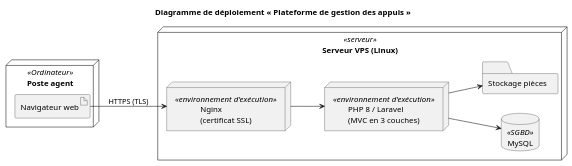
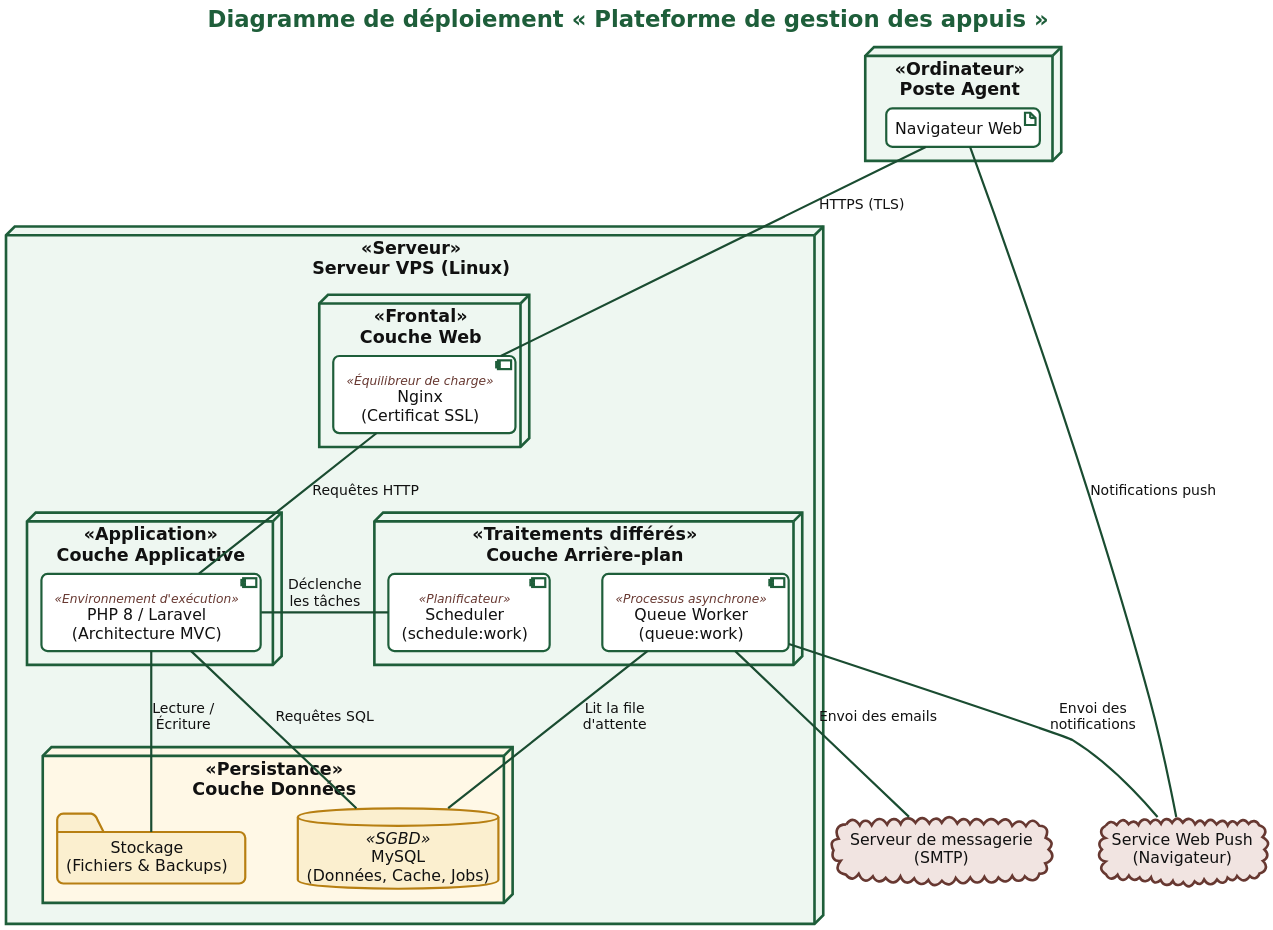
One commit to marasse-codec/ORYZAPP changed the diagram in docs/deploiement/archi.puml. Above: the diagram before and after it, drawn with PlantUML. The commit also changed 753 other files, not shown here.

Commit message:
Refonte de la charte et Diagramme d'archi amélioré

```diff
--- a/docs/deploiement/archi.puml
+++ b/docs/deploiement/archi.puml
@@ -1,22 +1,105 @@
 @startuml
+' Charte ORYZA : vert #1E5E3A, or riz #E5A93B, crème #F6F3EA, brun #673831.
+' Fonds clairs + texte foncé + traits épais : lisible en présentation comme en document imprimé.
+
+skinparam shadowing false
+skinparam dpi 150
+skinparam defaultFontName "DejaVu Sans"
+skinparam defaultFontSize 18
+skinparam defaultTextAlignment center
+skinparam roundCorner 14
+skinparam nodesep 60
+skinparam ranksep 110
+skinparam backgroundColor #FFFFFF
+
+skinparam TitleFontSize 26
+skinparam TitleFontStyle bold
+skinparam TitleFontColor #1E5E3A
+
+skinparam ArrowColor #1a4c31
+skinparam ArrowThickness 2.5
+skinparam ArrowFontSize 16
+skinparam ArrowFontColor #111111
+
+skinparam NodeFontColor #111111
+skinparam NodeFontSize 20
+skinparam NodeFontStyle bold
+skinparam NodeBackgroundColor #F6F3EA
+skinparam NodeBorderColor #1E5E3A
+skinparam NodeBorderThickness 3
+
+skinparam ComponentFontColor #111111
+skinparam ComponentBackgroundColor #FFFFFF
+skinparam ComponentBorderColor #1E5E3A
+skinparam ComponentBorderThickness 2.5
+skinparam ComponentStereotypeFontSize 14
+skinparam ComponentStereotypeFontColor #673831
+
+skinparam ArtifactFontColor #111111
+skinparam ArtifactBackgroundColor #FFFFFF
+skinparam ArtifactBorderColor #1E5E3A
+skinparam ArtifactBorderThickness 2.5
+
+skinparam DatabaseFontColor #111111
+skinparam DatabaseBackgroundColor #FBEFCF
+skinparam DatabaseBorderColor #B77F12
+skinparam DatabaseBorderThickness 2.5
+
+skinparam FolderFontColor #111111
+skinparam FolderBackgroundColor #FBEFCF
+skinparam FolderBorderColor #B77F12
+skinparam FolderBorderThickness 2.5
+
+skinparam PackageFontColor #111111
+skinparam PackageBackgroundColor #EEF7F1
+skinparam PackageBorderColor #1E5E3A
+skinparam PackageBorderThickness 2
+
+skinparam CloudFontColor #111111
+skinparam CloudBackgroundColor #F1E4E1
+skinparam CloudBorderColor #673831
+skinparam CloudBorderThickness 3
+
 title Diagramme de déploiement « Plateforme de gestion des appuis »
-skinparam componentStyle rectangle
-skinparam shadowing false
-left to right direction
 
-node "Poste agent" <<Ordinateur>> as poste {
-  artifact "Navigateur web" as nav
+node "Poste Agent" <<Ordinateur>> as poste {
+  artifact "Navigateur Web" as nav
 }
 
-node "Serveur VPS (Linux)" <<serveur>> as vps {
-  node "Nginx\n(certificat SSL)" <<environnement d'exécution>> as nginx
-  node "PHP 8 / Laravel\n(MVC en 3 couches)" <<environnement d'exécution>> as app
-  database "MySQL" <<SGBD>> as db
-  folder "Stockage pièces" as files
+node "Serveur VPS (Linux)" <<Serveur>> as vps {
+
+  node "Couche Web" <<Frontal>> as couche_web #EEF7F1 {
+    component "Nginx\n(Certificat SSL)" <<Équilibreur de charge>> as nginx
+  }
+
+  node "Couche Applicative" <<Application>> as couche_app #EEF7F1 {
+    component "PHP 8 / Laravel\n(Architecture MVC)" <<Environnement d'exécution>> as app
+  }
+
+  node "Couche Arrière-plan" <<Traitements différés>> as couche_bg #EEF7F1 {
+    component "Queue Worker\n(queue:work)" <<Processus asynchrone>> as worker
+    component "Scheduler\n(schedule:work)" <<Planificateur>> as scheduler
+  }
+
+  node "Couche Données" <<Persistance>> as couche_data #FFF8E6 {
+    database "MySQL\n(Données, Cache, Jobs)" <<SGBD>> as db
+    folder "Stockage\n(Fichiers & Backups)" as files
+  }
 }
 
-nav --> nginx : HTTPS (TLS)
-nginx --> app
-app --> db
-app --> files
+cloud "Serveur de messagerie\n(SMTP)" as smtp
+cloud "Service Web Push\n(Navigateur)" as push
+
+' Chemins de communication : associations simples (pas de flèches en UML de déploiement).
+nav -down- nginx : HTTPS (TLS)
+nginx -down- app : Requêtes HTTP
+app -down- db : Requêtes SQL
+app -right- files : Lecture /\nÉcriture
+
+scheduler -right- app : Déclenche\nles tâches
+worker -down- db : Lit la file\nd'attente
+worker -down- smtp : Envoi des emails
+worker -down- push : Envoi des\nnotifications
+
+push -up- nav : Notifications push
 @enduml
```
